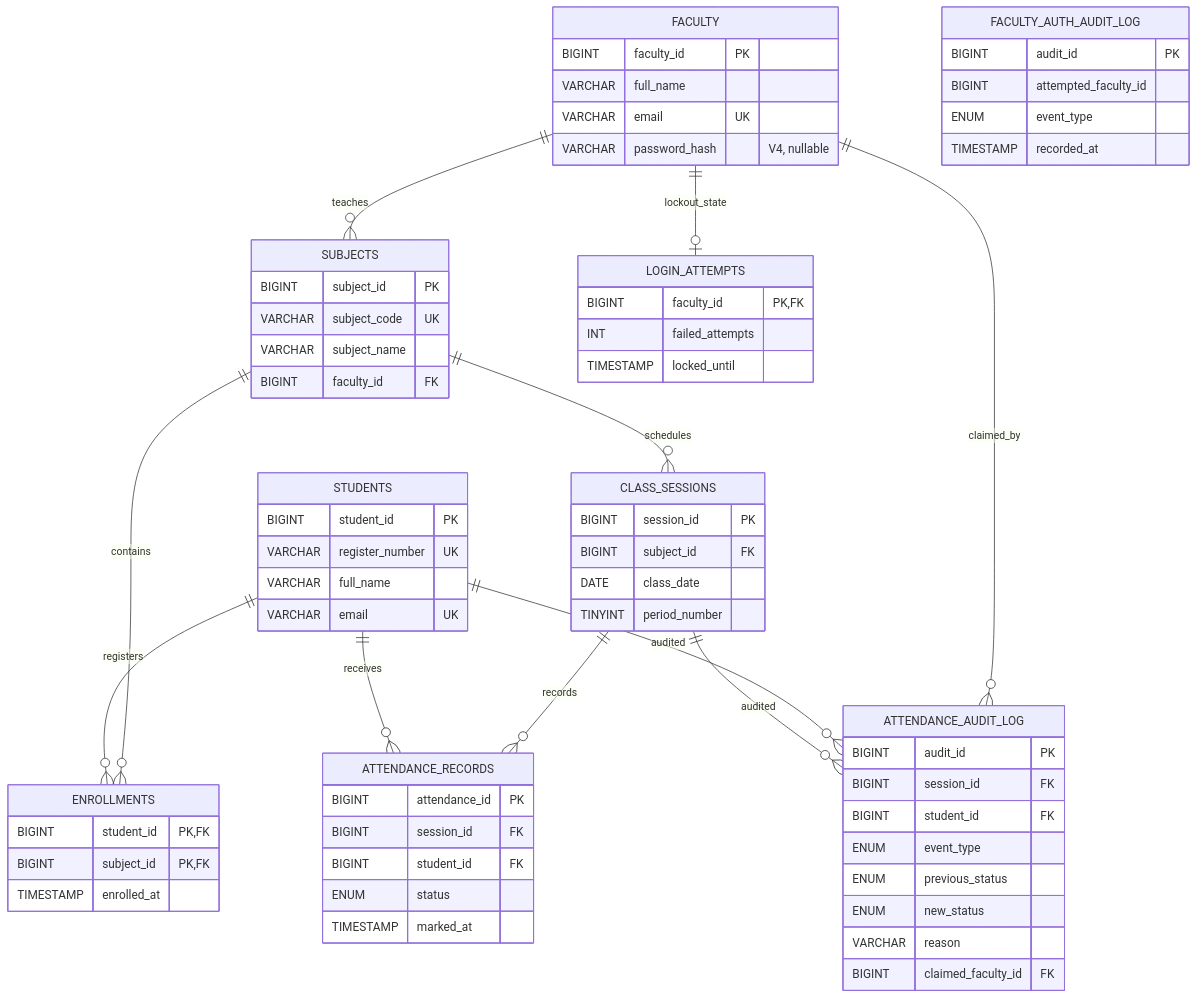
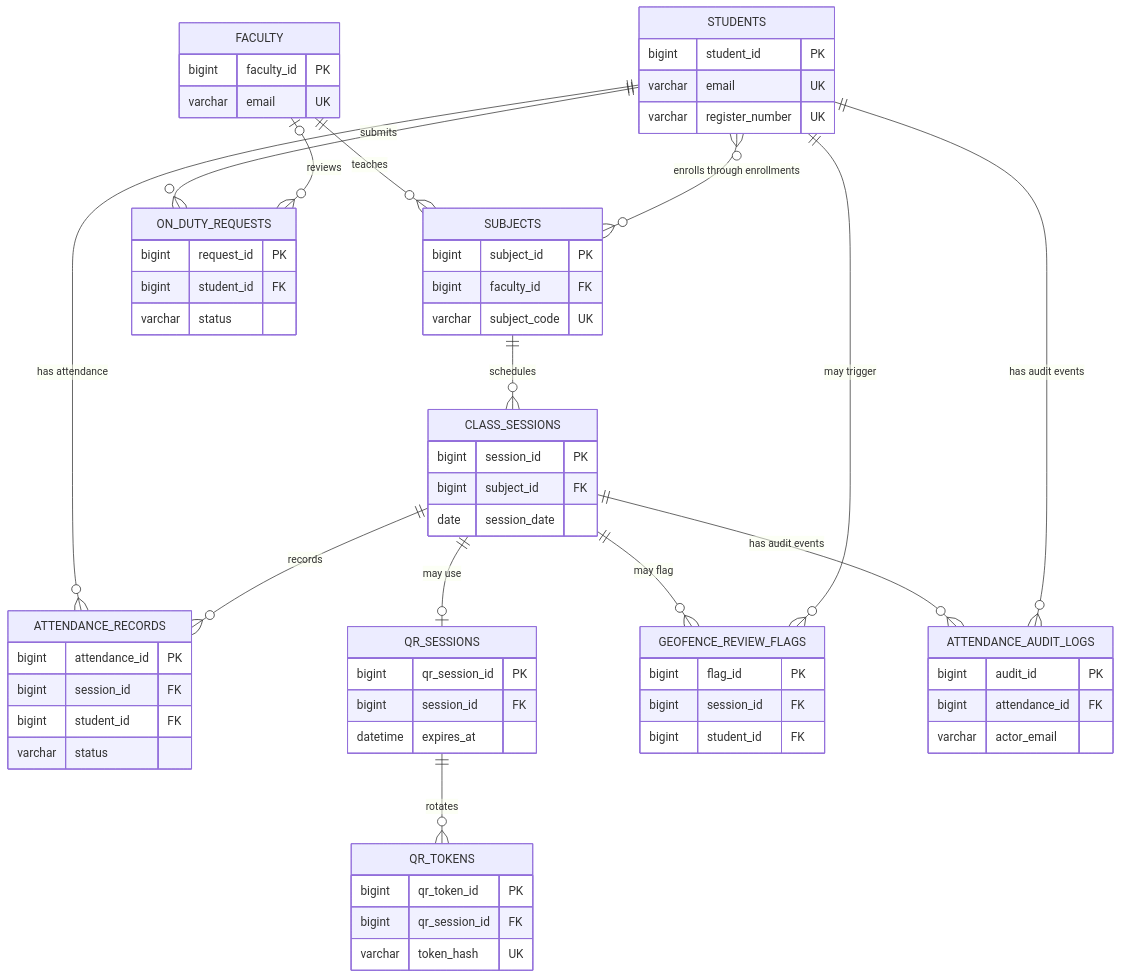
The diagram in README.md (vishweshwaranbalasundaram/Attend-IQ), drawn with Mermaid before and after one commit. The commit also changed other lines of this file and 96 other files, not shown here.

````diff
--- a/README.md
+++ b/README.md
@@ -286,71 +106,66 @@
 ```mermaid
 erDiagram
-    FACULTY ||--o{ SUBJECTS : teaches
-    STUDENTS ||--o{ ENROLLMENTS : registers
-    SUBJECTS ||--o{ ENROLLMENTS : contains
-    SUBJECTS ||--o{ CLASS_SESSIONS : schedules
-    STUDENTS ||--o{ ATTENDANCE_RECORDS : receives
-    CLASS_SESSIONS ||--o{ ATTENDANCE_RECORDS : records
-    CLASS_SESSIONS ||--o{ ATTENDANCE_AUDIT_LOG : audited
-    STUDENTS ||--o{ ATTENDANCE_AUDIT_LOG : audited
-    FACULTY ||--o{ ATTENDANCE_AUDIT_LOG : claimed_by
-    FACULTY ||--o| LOGIN_ATTEMPTS : lockout_state
-
+    STUDENTS ||--o{ ATTENDANCE_RECORDS : "has attendance"
+    CLASS_SESSIONS ||--o{ ATTENDANCE_RECORDS : "records"
+    FACULTY ||--o{ SUBJECTS : "teaches"
+    SUBJECTS ||--o{ CLASS_SESSIONS : "schedules"
+    STUDENTS }o--o{ SUBJECTS : "enrolls through enrollments"
+    CLASS_SESSIONS ||--o| QR_SESSIONS : "may use"
+    QR_SESSIONS ||--o{ QR_TOKENS : "rotates"
+    STUDENTS ||--o{ ON_DUTY_REQUESTS : "submits"
+    FACULTY o|--o{ ON_DUTY_REQUESTS : "reviews"
+    CLASS_SESSIONS ||--o{ GEOFENCE_REVIEW_FLAGS : "may flag"
+    STUDENTS ||--o{ GEOFENCE_REVIEW_FLAGS : "may trigger"
+    CLASS_SESSIONS ||--o{ ATTENDANCE_AUDIT_LOGS : "has audit events"
+    STUDENTS ||--o{ ATTENDANCE_AUDIT_LOGS : "has audit events"
+    STUDENTS {
+        bigint student_id PK
+        varchar email UK
+        varchar register_number UK
+    }
     FACULTY {
-        BIGINT faculty_id PK
-        VARCHAR full_name
-        VARCHAR email UK
-        VARCHAR password_hash "V4, nullable"
+        bigint faculty_id PK
+        varchar email UK
     }
     SUBJECTS {
-        BIGINT subject_id PK
-        VARCHAR subject_code UK
-        VARCHAR subject_name
-        BIGINT faculty_id FK
-    }
-    STUDENTS {
-        BIGINT student_id PK
-        VARCHAR register_number UK
-        VARCHAR full_name
-        VARCHAR email UK
-    }
-    ENROLLMENTS {
-        BIGINT student_id PK,FK
-        BIGINT subject_id PK,FK
-        TIMESTAMP enrolled_at
+        bigint subject_id PK
+        bigint faculty_id FK
+        varchar subject_code UK
     }
     CLASS_SESSIONS {
-        BIGINT session_id PK
-        BIGINT subject_id FK
-        DATE class_date
-        TINYINT period_number
+        bigint session_id PK
+        bigint subject_id FK
+        date session_date
     }
     ATTENDANCE_RECORDS {
-        BIGINT attendance_id PK
-        BIGINT session_id FK
-        BIGINT student_id FK
-        ENUM status
-        TIMESTAMP marked_at
+        bigint attendance_id PK
+        bigint session_id FK
+        bigint student_id FK
+        varchar status
     }
-    ATTENDANCE_AUDIT_LOG {
-        BIGINT audit_id PK
-        BIGINT session_id FK
-        BIGINT student_id FK
-        ENUM event_type
-        ENUM previous_status
-        ENUM new_status
-        VARCHAR reason
-        BIGINT claimed_faculty_id FK
+    QR_SESSIONS {
+        bigint qr_session_id PK
+        bigint session_id FK
+        datetime expires_at
     }
-    LOGIN_ATTEMPTS {
-        BIGINT faculty_id PK,FK
-        INT failed_attempts
-        TIMESTAMP locked_until
+    QR_TOKENS {
+        bigint qr_token_id PK
+        bigint qr_session_id FK
+        varchar token_hash UK
     }
-    FACULTY_AUTH_AUDIT_LOG {
-        BIGINT audit_id PK
-        BIGINT attempted_faculty_id
-        ENUM event_type
-        TIMESTAMP recorded_at
+    ON_DUTY_REQUESTS {
+        bigint request_id PK
+        bigint student_id FK
+        varchar status
+    }
+    GEOFENCE_REVIEW_FLAGS {
+        bigint flag_id PK
+        bigint session_id FK
+        bigint student_id FK
+    }
+    ATTENDANCE_AUDIT_LOGS {
+        bigint audit_id PK
+        bigint attendance_id FK
+        varchar actor_email
     }
 ```
````
